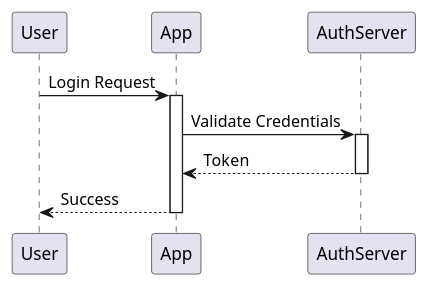
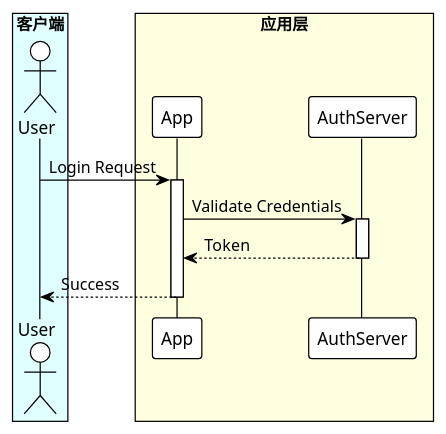
Before and after one commit to magicJie/plantuml-skill: the second of 5 diagrams in README.md, drawn with PlantUML. The commit also changed other lines of this file and 5 other files, not shown here.

Commit message:
feat(sequence-style):默认时序图采用分层分组配色并更新模板样例

````diff
--- a/README.md
+++ b/README.md
@@ -158,16 +158,23 @@
 ```puml
 @startuml
-participant User
-participant App
-participant AuthServer
+!theme plain
+
+box "客户端" #LightCyan
+  actor User
+end box
+
+box "应用层" #LightYellow
+  participant App
+  participant AuthServer
+end box
 
 User -> App: Login Request
 activate App
 App -> AuthServer: Validate Credentials
 activate AuthServer
 AuthServer --> App: Token
 deactivate AuthServer
 App --> User: Success
 deactivate App
 @enduml
 ```
````
